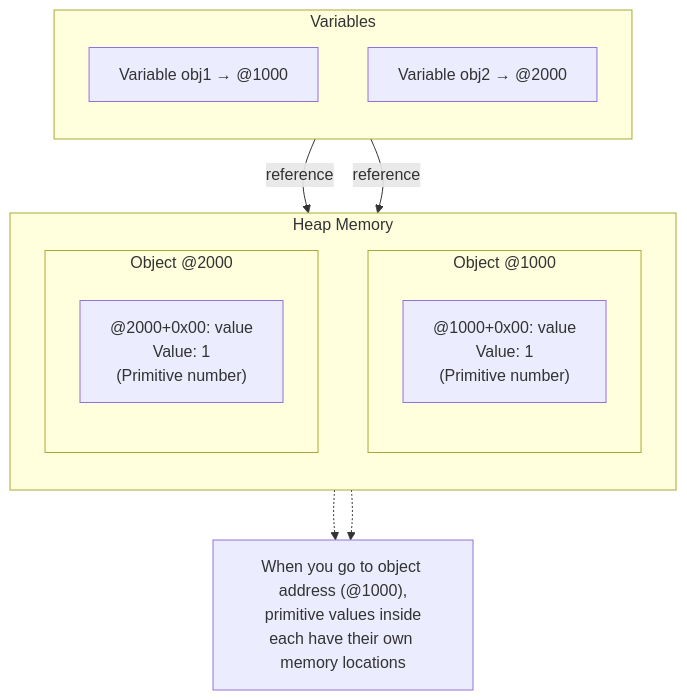
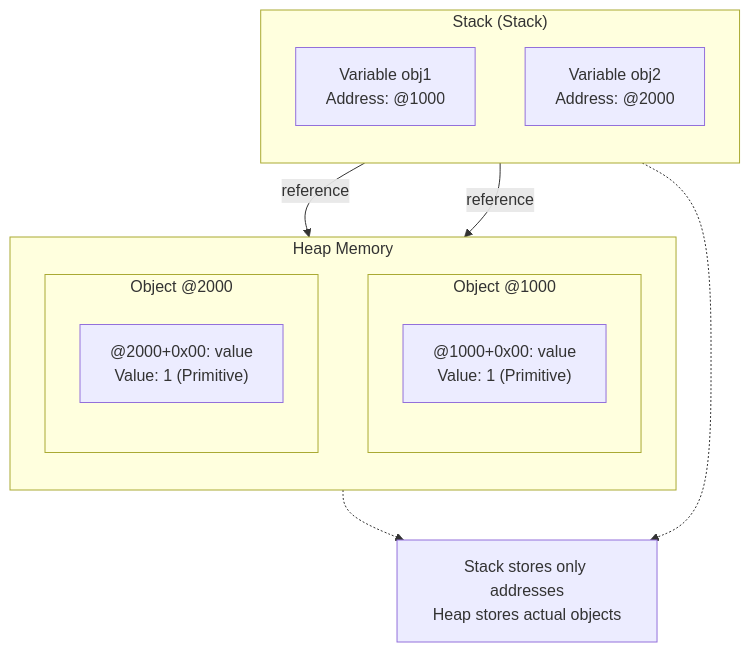
The second of 17 diagrams in markdown/2026-01-18/en/content.mdx (codefug/codefug.github.io), drawn with Mermaid before and after one commit. The commit also changed other lines of this file and 2 other files, not shown here.

````diff
--- a/markdown/2026-01-18/en/content.mdx
+++ b/markdown/2026-01-18/en/content.mdx
@@ -71,29 +66,29 @@
 ```mermaid
 flowchart TB
-    subgraph Variables["Variables"]
+    subgraph Stack["Stack (Stack)"]
         direction TB
-        V1["Variable obj1 → @1000"]
-        V2["Variable obj2 → @2000"]
+        V1["Variable obj1<br/>Address: @1000"]
+        V2["Variable obj2<br/>Address: @2000"]
     end
-    
+
     subgraph Heap["Heap Memory"]
         direction TB
         subgraph O1["Object @1000"]
             direction TB
-            P1["@1000+0x00: value<br/>Value: 1<br/>(Primitive number)"]
+            P1["@1000+0x00: value<br/>Value: 1 (Primitive)"]
         end
-        
+
         subgraph O2["Object @2000"]
             direction TB
-            P2["@2000+0x00: value<br/>Value: 1<br/>(Primitive number)"]
+            P2["@2000+0x00: value<br/>Value: 1 (Primitive)"]
         end
     end
-    
+
     V1 -->|"reference"| O1
     V2 -->|"reference"| O2
-    
-    Note1["When you go to object address (@1000),<br/>primitive values inside<br/>each have their own memory locations"]
-    
-    O1 -.-> Note1
-    O2 -.-> Note1
+
+    Note1["Stack stores only addresses<br/>Heap stores actual objects"]
+
+    Stack -.-> Note1
+    Heap -.-> Note1
 ```
````
